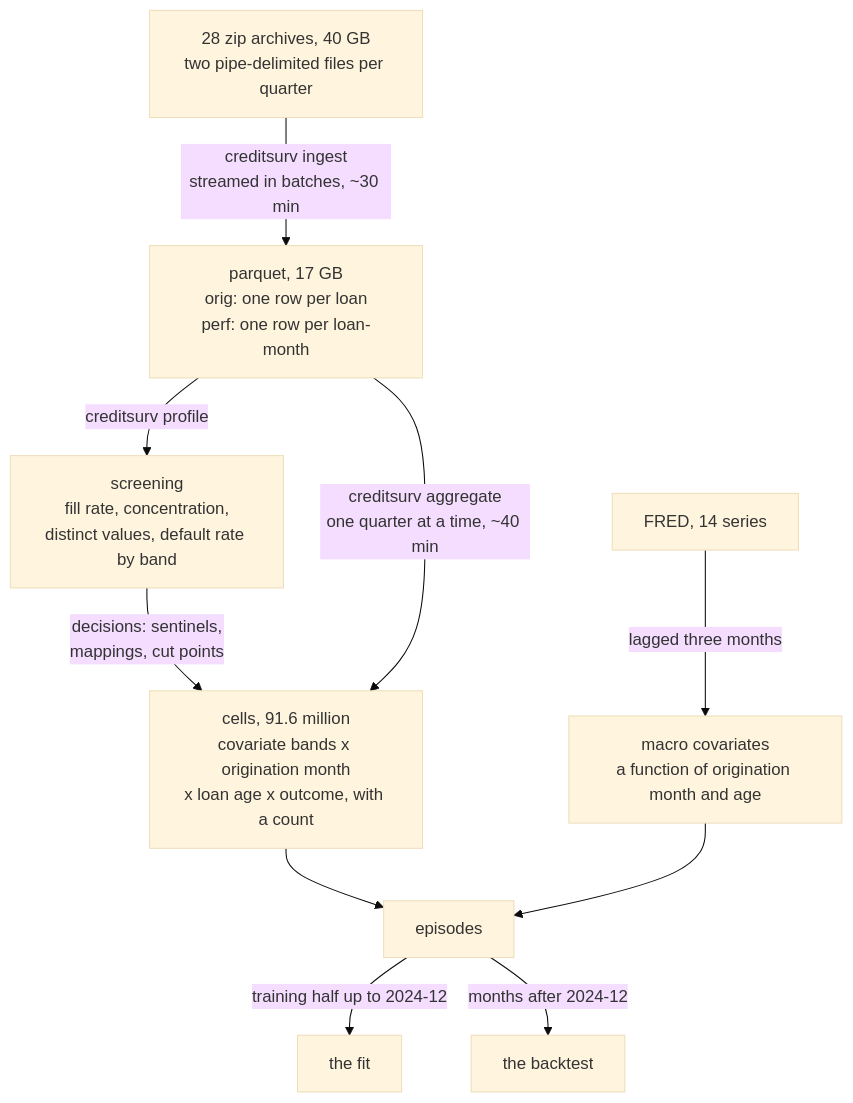
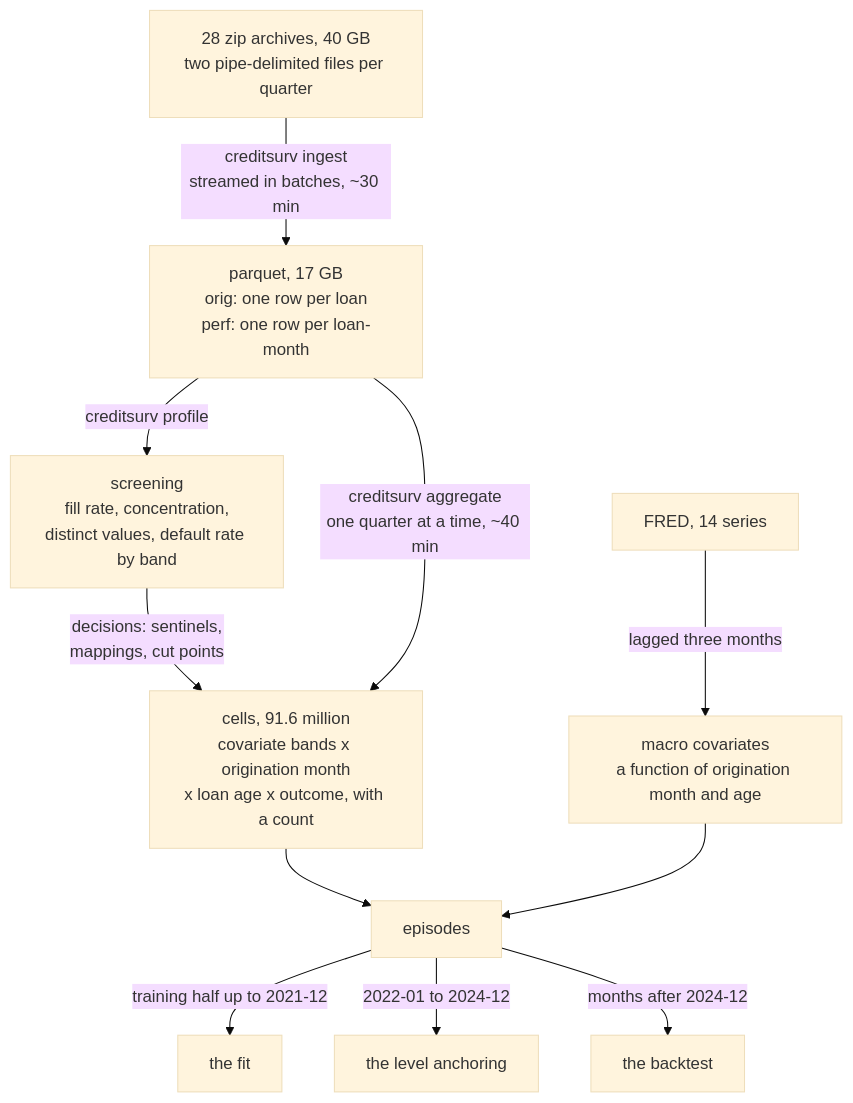
The first of 2 diagrams in docs/data.md (LorenzoPerrella/credit-game), drawn with Mermaid (base theme) before and after one commit. The commit also changed other lines of this file and 17 other files, not shown here.

````diff
--- a/docs/data.md
+++ b/docs/data.md
@@ -27,13 +27,14 @@
 ```mermaid
 flowchart TD
     Z["28 zip archives, 40 GB<br/>two pipe-delimited files per quarter"]
     Z -->|"creditsurv ingest<br/>streamed in batches, ~30 min"| P["parquet, 17 GB<br/>orig: one row per loan<br/>perf: one row per loan-month"]
     P -->|"creditsurv profile"| S["screening<br/>fill rate, concentration,<br/>distinct values, default rate by band"]
     S -->|"decisions: sentinels,<br/>mappings, cut points"| A
     P -->|"creditsurv aggregate<br/>one quarter at a time, ~40 min"| A["cells, 91.6 million<br/>covariate bands x origination month<br/>x loan age x outcome, with a count"]
     F["FRED, 14 series"] -->|"lagged three months"| M["macro covariates<br/>a function of origination month and age"]
     A --> E["episodes"]
     M --> E
-    E -->|"training half up to 2024-12"| T["the fit"]
+    E -->|"training half up to 2021-12"| T["the fit"]
+    E -->|"2022-01 to 2024-12"| K["the level anchoring"]
     E -->|"months after 2024-12"| B["the backtest"]
 ```
````
